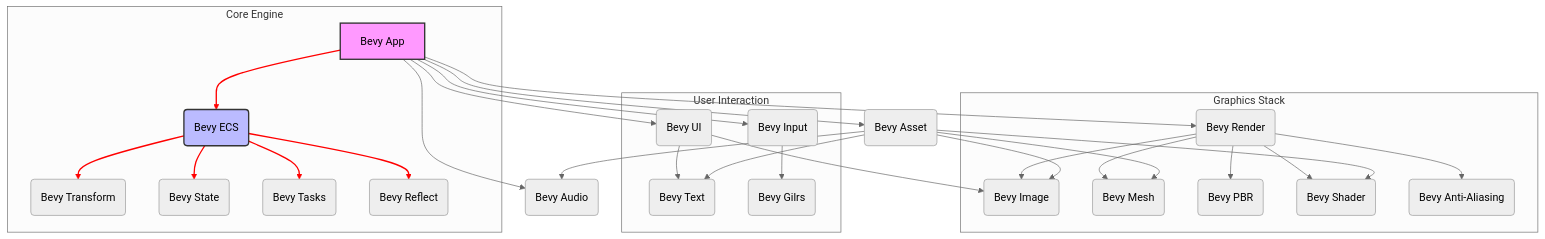
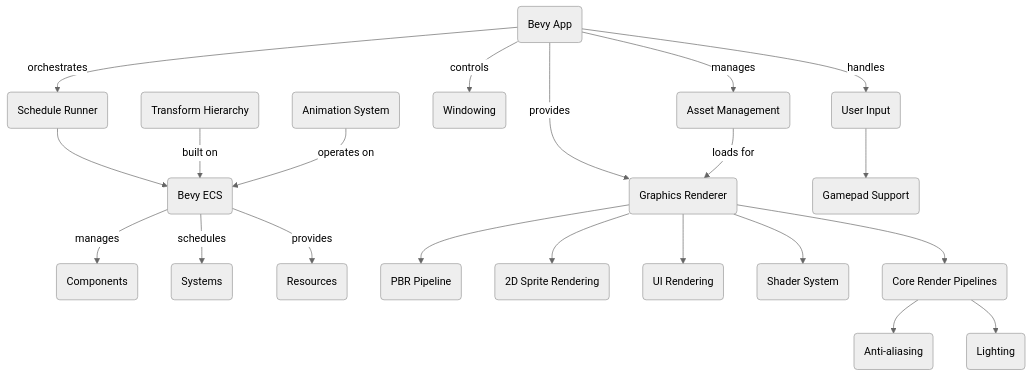
One commit to grewal16/bevy changed the diagram in README.md. Above: the diagram before and after it, drawn with Mermaid (neutral theme). The commit also changed other lines of this file, not shown here.

````diff
--- a/README.md
+++ b/README.md
@@ -38,64 +33,23 @@
 ```mermaid
 graph TD
-    A[Bevy App] --> B(Bevy ECS)
-    B --> M(Bevy Transform)
-    B --> N(Bevy State)
-    B --> O(Bevy Tasks)
-    B --> P(Bevy Reflect)
-
-    A --> C(Bevy Render)
-    C --> G(Bevy Image)
-    C --> H(Bevy Mesh)
-    C --> I(Bevy PBR)
-    C --> J(Bevy Shader)
-    C --> Q(Bevy Anti-Aliasing)
-
-    A --> D(Bevy UI)
-    D --> K(Bevy Text)
-    D --> G
-
-    A --> E(Bevy Input)
-    E --> L(Bevy Gilrs)
-
-    A --> F(Bevy Audio)
-
-    A --> R(Bevy Asset)
-    R --> G
-    R --> H
-    R --> J
-    R --> F
-    R --> K
-
-    subgraph Core Engine
-        A
-        B
-        M
-        N
-        O
-        P
-    end
-
-    subgraph Graphics Stack
-        C
-        G
-        H
-        I
-        J
-        Q
-    end
-
-    subgraph User Interaction
-        D
-        K
-        E
-        L
-    end
-
-    style A fill:#f9f,stroke:#333,stroke-width:2px
-    style B fill:#bbf,stroke:#333,stroke-width:2px
-    linkStyle 0 stroke-width:2px,fill:none,stroke:red;
-    linkStyle 1 stroke-width:2px,fill:none,stroke:red;
-    linkStyle 2 stroke-width:2px,fill:none,stroke:red;
-    linkStyle 3 stroke-width:2px,fill:none,stroke:red;
-    linkStyle 4 stroke-width:2px,fill:none,stroke:red;
+    App(Bevy App) -- orchestrates --> Schedule(Schedule Runner)
+    Schedule --> ECS(Bevy ECS)
+    ECS -- manages --> Components(Components)
+    ECS -- schedules --> Systems(Systems)
+    ECS -- provides --> Resources(Resources)
+    App -- manages --> Assets(Asset Management)
+    App -- provides --> Render(Graphics Renderer)
+    App -- handles --> Input(User Input)
+    App -- controls --> Window(Windowing)
+    Assets -- loads for --> Render
+    Transform(Transform Hierarchy) -- built on --> ECS
+    Render --> PBR(PBR Pipeline)
+    Render --> Sprite(2D Sprite Rendering)
+    Render --> UIRender(UI Rendering)
+    Render --> Shaders(Shader System)
+    Render --> CorePipeline(Core Render Pipelines)
+    CorePipeline --> AA(Anti-aliasing)
+    CorePipeline --> Lights(Lighting)
+    Input --> Gamepad(Gamepad Support)
+    Animation(Animation System) -- operates on --> ECS
 ```
````
